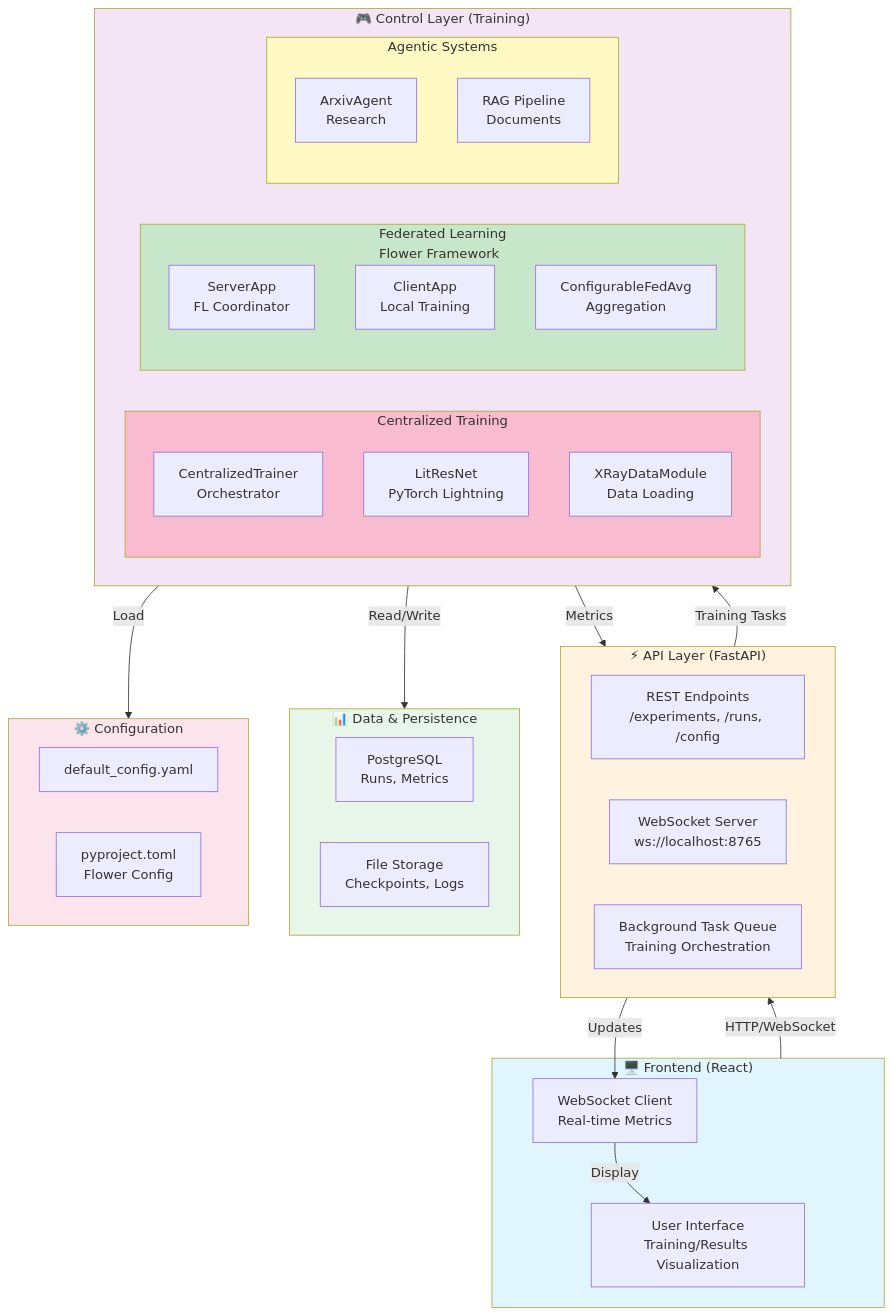
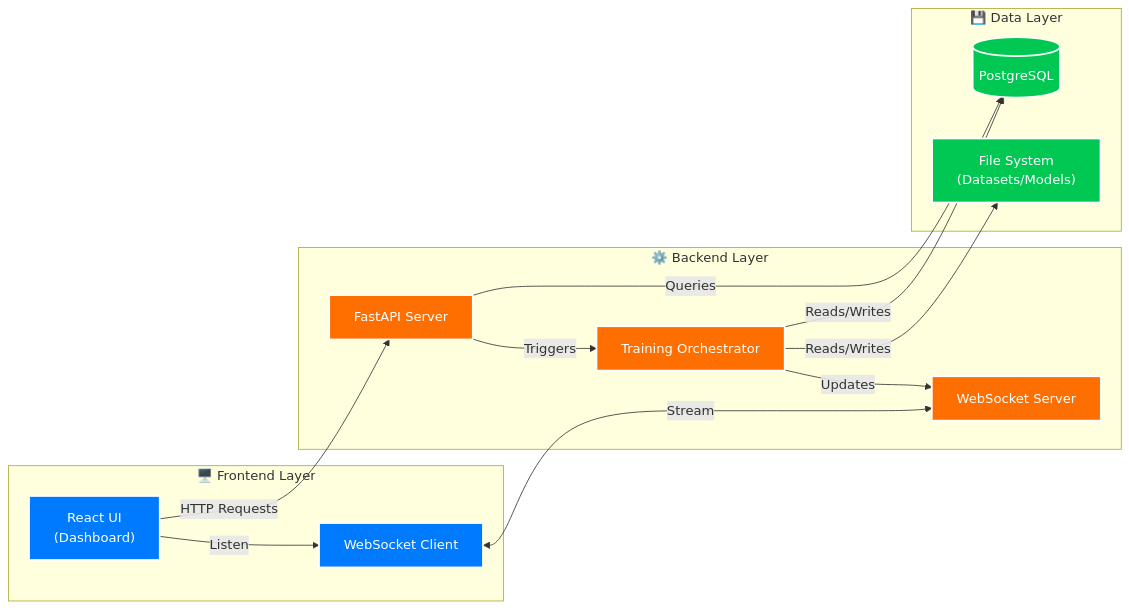
The first of 5 diagrams in README.md (h19overflow/federated_learning), drawn with Mermaid before and after one commit. The commit also changed other lines of this file and 10 other files, not shown here.

````diff
--- a/README.md
+++ b/README.md
@@ -26,59 +25,38 @@
 ```mermaid
-graph TB
-    subgraph Frontend ["🖥️ Frontend (React)"]
-        UI["User Interface<br/>Training/Results Visualization"]
-        WSC["WebSocket Client<br/>Real-time Metrics"]
+graph LR
+    subgraph Frontend ["🖥️ Frontend Layer"]
+        UI["React UI<br/>(Dashboard)"]
+        WS_Client["WebSocket Client"]
     end
 
-    subgraph API ["⚡ API Layer (FastAPI)"]
-        REST["REST Endpoints<br/>/experiments, /runs, /config"]
-        WSS["WebSocket Server<br/>ws://localhost:8765"]
-        TQ["Background Task Queue<br/>Training Orchestration"]
+    subgraph Backend ["⚙️ Backend Layer"]
+        API["FastAPI Server"]
+        WS_Server["WebSocket Server"]
+        Trainer["Training Orchestrator"]
     end
 
-    subgraph Control ["🎮 Control Layer (Training)"]
-        subgraph Cent ["Centralized Training"]
-            CT["CentralizedTrainer<br/>Orchestrator"]
-            LR["LitResNet<br/>PyTorch Lightning"]
-            XDM["XRayDataModule<br/>Data Loading"]
-        end
-
-        subgraph Fed ["Federated Learning<br/>Flower Framework"]
-            SA["ServerApp<br/>FL Coordinator"]
-            CA["ClientApp<br/>Local Training"]
-            CS["ConfigurableFedAvg<br/>Aggregation"]
-        end
-
-        subgraph Agent ["Agentic Systems"]
-            AA["ArxivAgent<br/>Research"]
-            RAG["RAG Pipeline<br/>Documents"]
-        end
+    subgraph Data ["💾 Data Layer"]
+        DB[(PostgreSQL)]
+        Files["File System<br/>(Datasets/Models)"]
     end
 
-    subgraph Data ["📊 Data & Persistence"]
-        DB["PostgreSQL<br/>Runs, Metrics"]
-        FS["File Storage<br/>Checkpoints, Logs"]
-    end
+    UI -->|HTTP Requests| API
+    UI -->|Listen| WS_Client
+    WS_Client <-->|Stream| WS_Server
+    
+    API -->|Triggers| Trainer
+    Trainer -->|Updates| WS_Server
+    
+    Trainer -->|Reads/Writes| DB
+    Trainer -->|Reads/Writes| Files
+    API -->|Queries| DB
 
-    subgraph Config ["⚙️ Configuration"]
-        YAML["default_config.yaml"]
-        TOML["pyproject.toml<br/>Flower Config"]
-    end
-
-    Frontend -->|HTTP/WebSocket| API
-    API -->|Training Tasks| Control
-    Control -->|Metrics| API
-    API -->|Updates| WSC
-    WSC -->|Display| UI
-    Control -->|Read/Write| Data
-    Control -->|Load| Config
-
-    style Frontend fill:#e1f5ff
-    style API fill:#fff3e0
-    style Control fill:#f3e5f5
-    style Cent fill:#f8bbd0
-    style Fed fill:#c8e6c9
-    style Agent fill:#fff9c4
-    style Data fill:#e8f5e9
-    style Config fill:#fce4ec
+    %% Styling
+    classDef frontend fill:#007BFF,stroke:#fff,stroke-width:2px,color:#fff;
+    classDef backend fill:#FF6F00,stroke:#fff,stroke-width:2px,color:#fff;
+    classDef data fill:#00C853,stroke:#fff,stroke-width:2px,color:#fff;
+    
+    class UI,WS_Client frontend;
+    class API,WS_Server,Trainer backend;
+    class DB,Files data;
 ```
````
